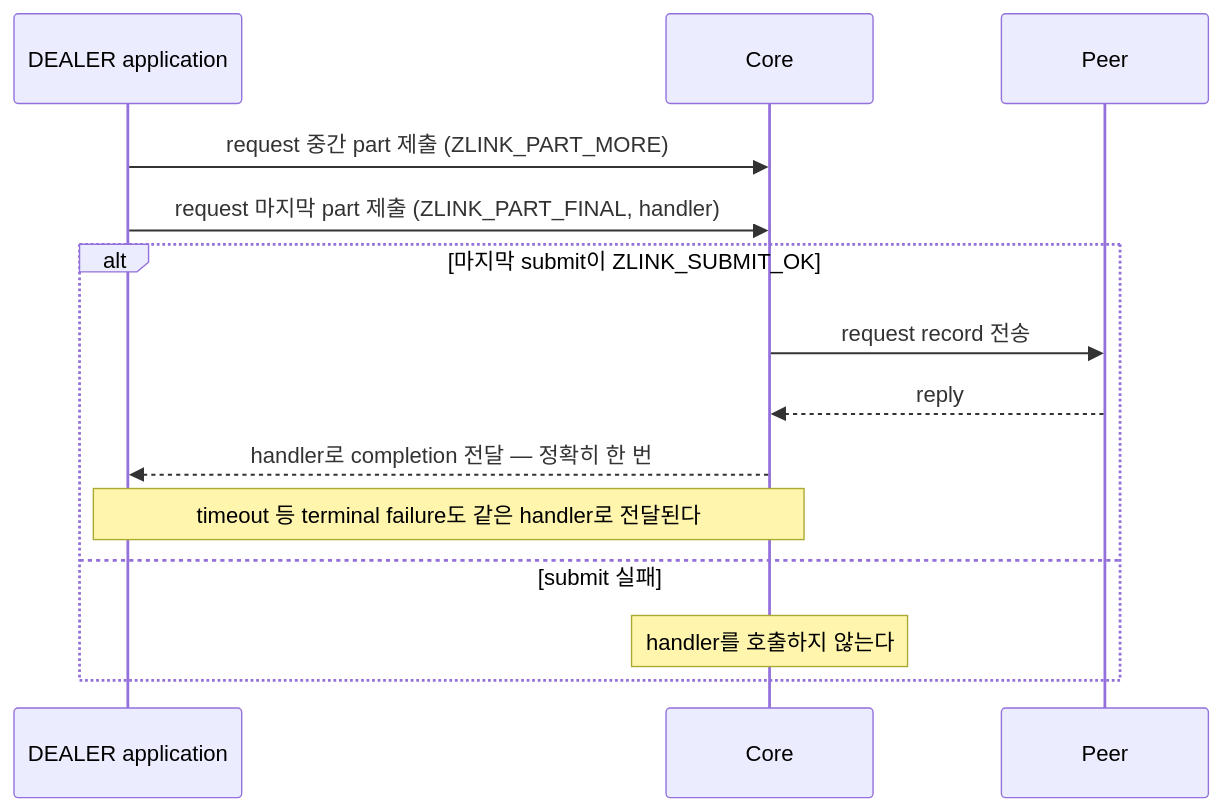
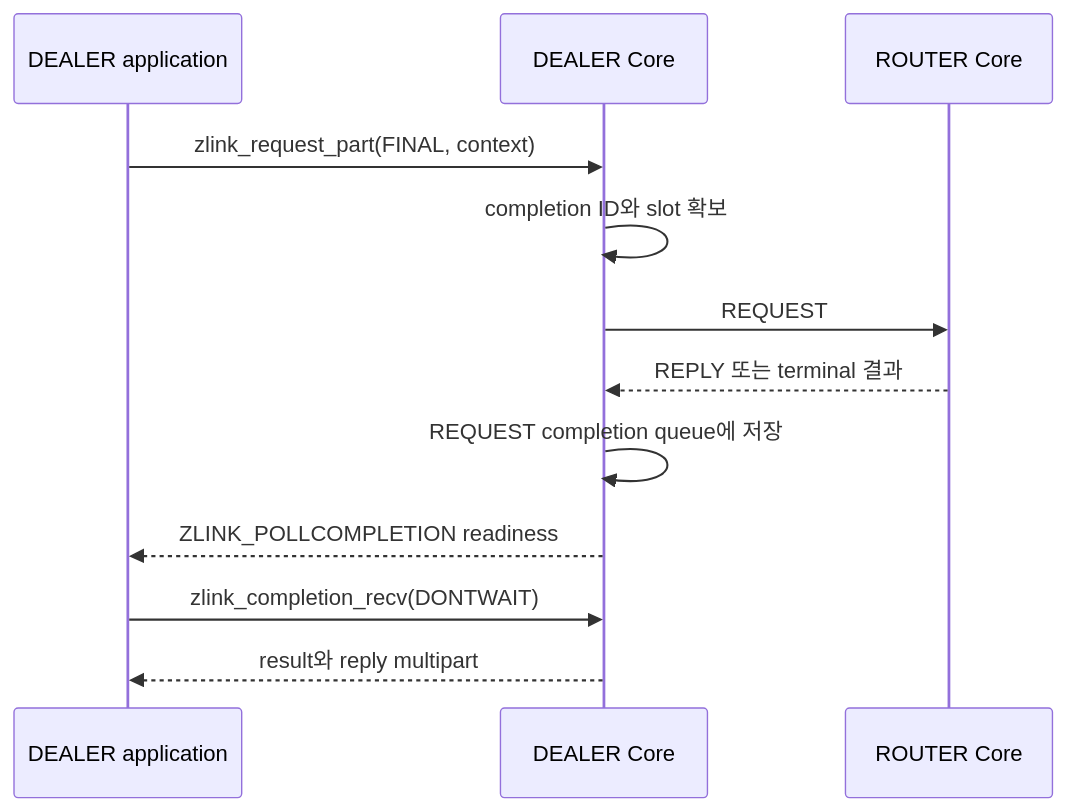
The diagram in core/doc/spec/core/socket/06-dealer.ko.md (zlink-systems/zlink), drawn with Mermaid before and after one commit. The commit also changed other lines of this file and 49 other files, not shown here.

````diff
--- a/core/doc/spec/core/socket/06-dealer.ko.md
+++ b/core/doc/spec/core/socket/06-dealer.ko.md
@@ -65,16 +44,14 @@
 ```mermaid
 sequenceDiagram
     participant App as DEALER application
-    participant Core as Core
-    participant Peer as Peer
-    App->>Core: request 중간 part 제출 (ZLINK_PART_MORE)
-    App->>Core: request 마지막 part 제출 (ZLINK_PART_FINAL, handler)
-    alt 마지막 submit이 ZLINK_SUBMIT_OK
-        Core->>Peer: request record 전송
-        Peer-->>Core: reply
-        Core-->>App: handler로 completion 전달 — 정확히 한 번
-        Note over Core,App: timeout 등 terminal failure도 같은 handler로 전달된다
-    else submit 실패
-        Note over Core: handler를 호출하지 않는다
-    end
+    participant D as DEALER Core
+    participant R as ROUTER Core
+    App->>D: zlink_request_part(FINAL, context)
+    D->>D: completion ID와 slot 확보
+    D->>R: REQUEST
+    R-->>D: REPLY 또는 terminal 결과
+    D->>D: REQUEST completion queue에 저장
+    D-->>App: ZLINK_POLLCOMPLETION readiness
+    App->>D: zlink_completion_recv(DONTWAIT)
+    D-->>App: result와 reply multipart
 ```
````
